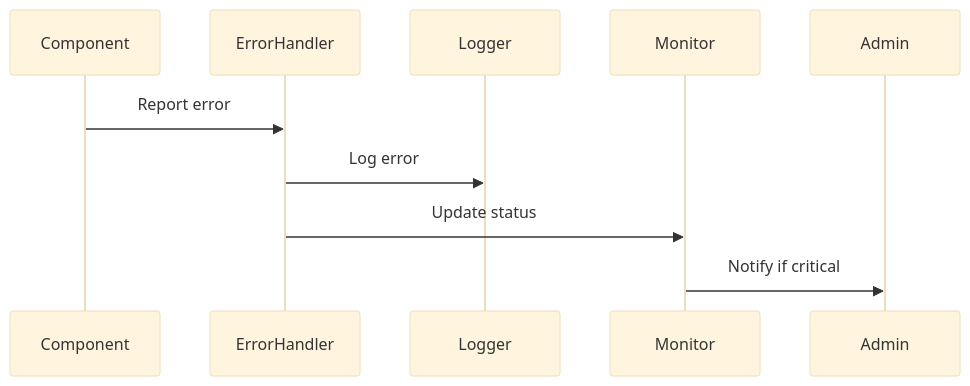
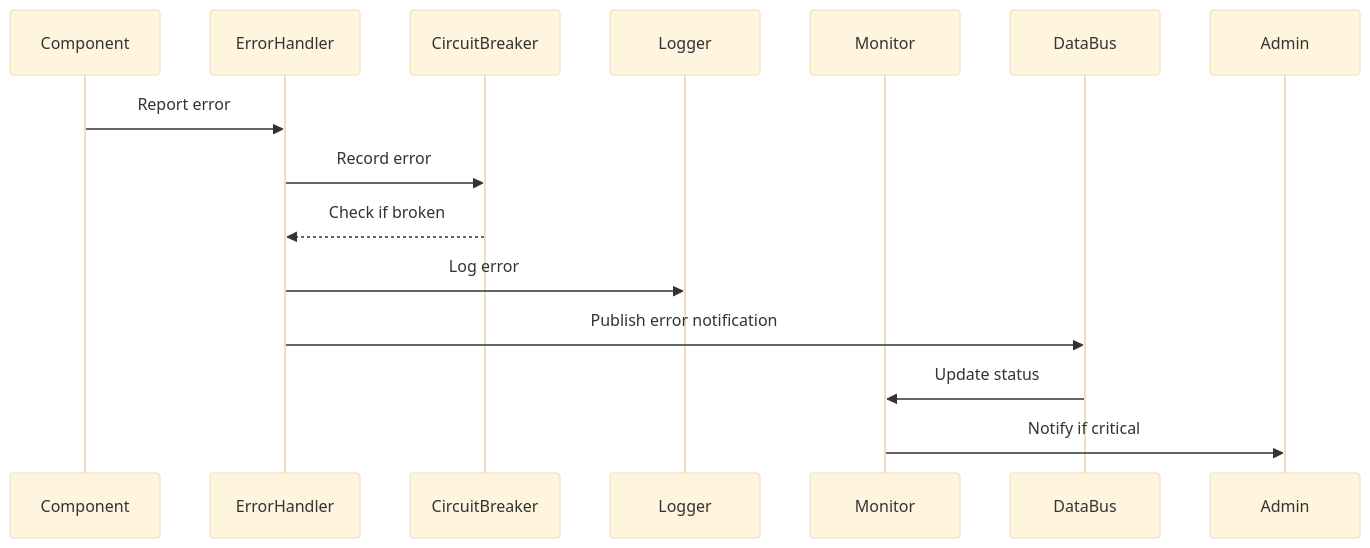
One commit to matiaszanolli/PokemonCrystalRL changed the fourth of 4 diagrams in docs/MONITORING_ARCHITECTURE.md. Above: the diagram before and after it, drawn with Mermaid (base theme). The commit also changed other lines of this file and 8 other files, not shown here.

````diff
--- a/docs/MONITORING_ARCHITECTURE.md
+++ b/docs/MONITORING_ARCHITECTURE.md
@@ -132,13 +135,18 @@
 ```mermaid
 sequenceDiagram
     participant Component
     participant ErrorHandler
+    participant CircuitBreaker
     participant Logger
     participant Monitor
+    participant DataBus
     participant Admin
 
     Component->>ErrorHandler: Report error
+    ErrorHandler->>CircuitBreaker: Record error
+    CircuitBreaker-->>ErrorHandler: Check if broken
     ErrorHandler->>Logger: Log error
-    ErrorHandler->>Monitor: Update status
+    ErrorHandler->>DataBus: Publish error notification
+    DataBus->>Monitor: Update status
     Monitor->>Admin: Notify if critical
 ```
````
